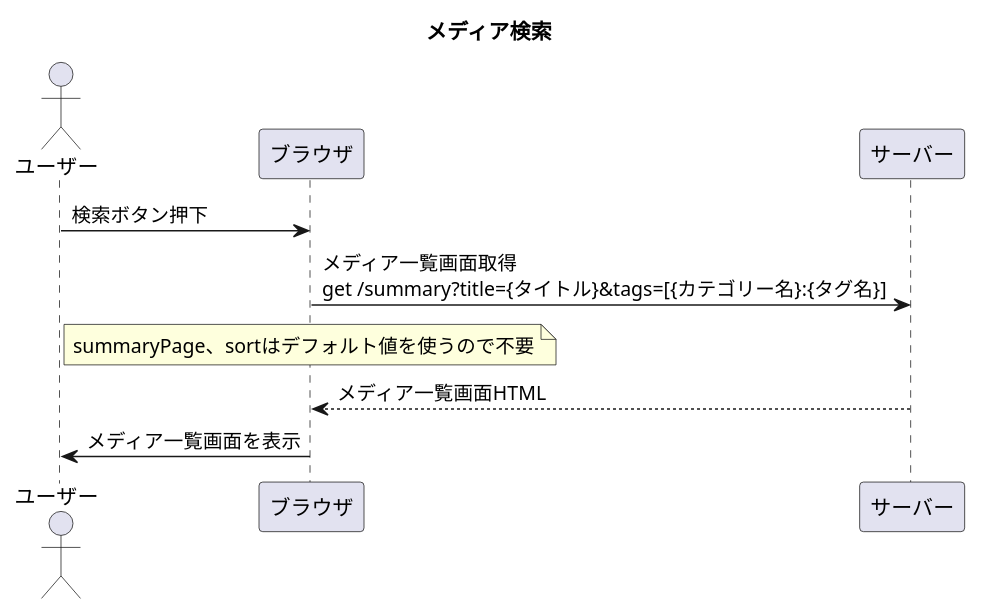
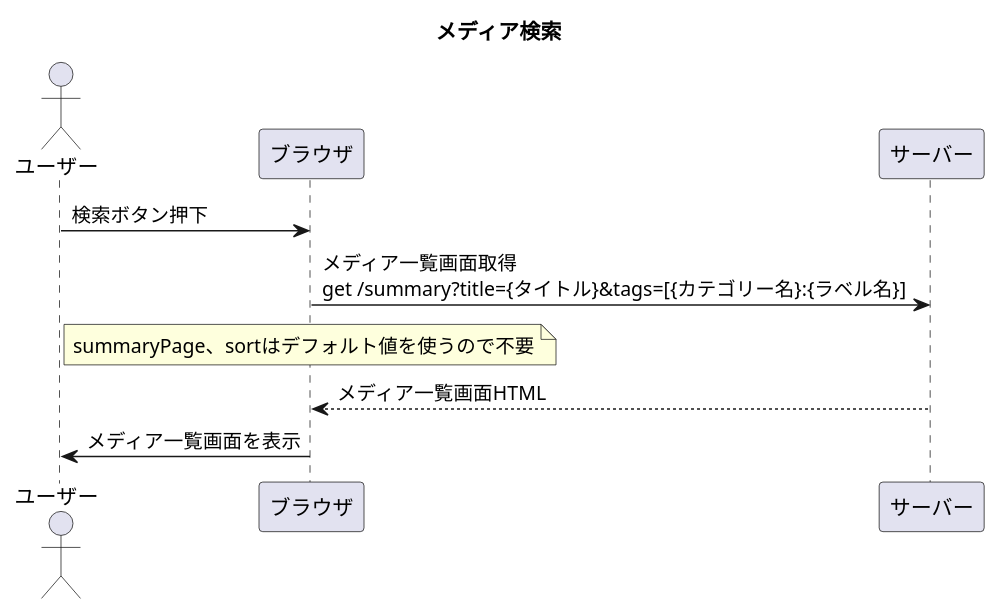
One commit to hachimitu22/MangaViewer changed the diagram in doc/4_ui/pages/検索条件入力/sequence/メディア検索.puml. Above: the diagram before and after it, drawn with PlantUML. The commit also changed 9 other files, not shown here.

Commit message:
docs: タグ名 -> ラベル名 に変更

```diff
--- a/doc/4_ui/pages/検索条件入力/sequence/メディア検索.puml
+++ b/doc/4_ui/pages/検索条件入力/sequence/メディア検索.puml
@@ -1,17 +1,17 @@
 @startuml
 
 title メディア検索
 
 actor ユーザー
 participant ブラウザ
 
 ユーザー -> ブラウザ: 検索ボタン押下
 
-ブラウザ -> サーバー: メディア一覧画面取得\nget /summary?title={タイトル}&tags=[{カテゴリー名}:{タグ名}]
+ブラウザ -> サーバー: メディア一覧画面取得\nget /summary?title={タイトル}&tags=[{カテゴリー名}:{ラベル名}]
 note over ブラウザ
     summaryPage、sortはデフォルト値を使うので不要
 end note
 ブラウザ <-- サーバー: メディア一覧画面HTML
 ユーザー <- ブラウザ: メディア一覧画面を表示
 
 @enduml
```
